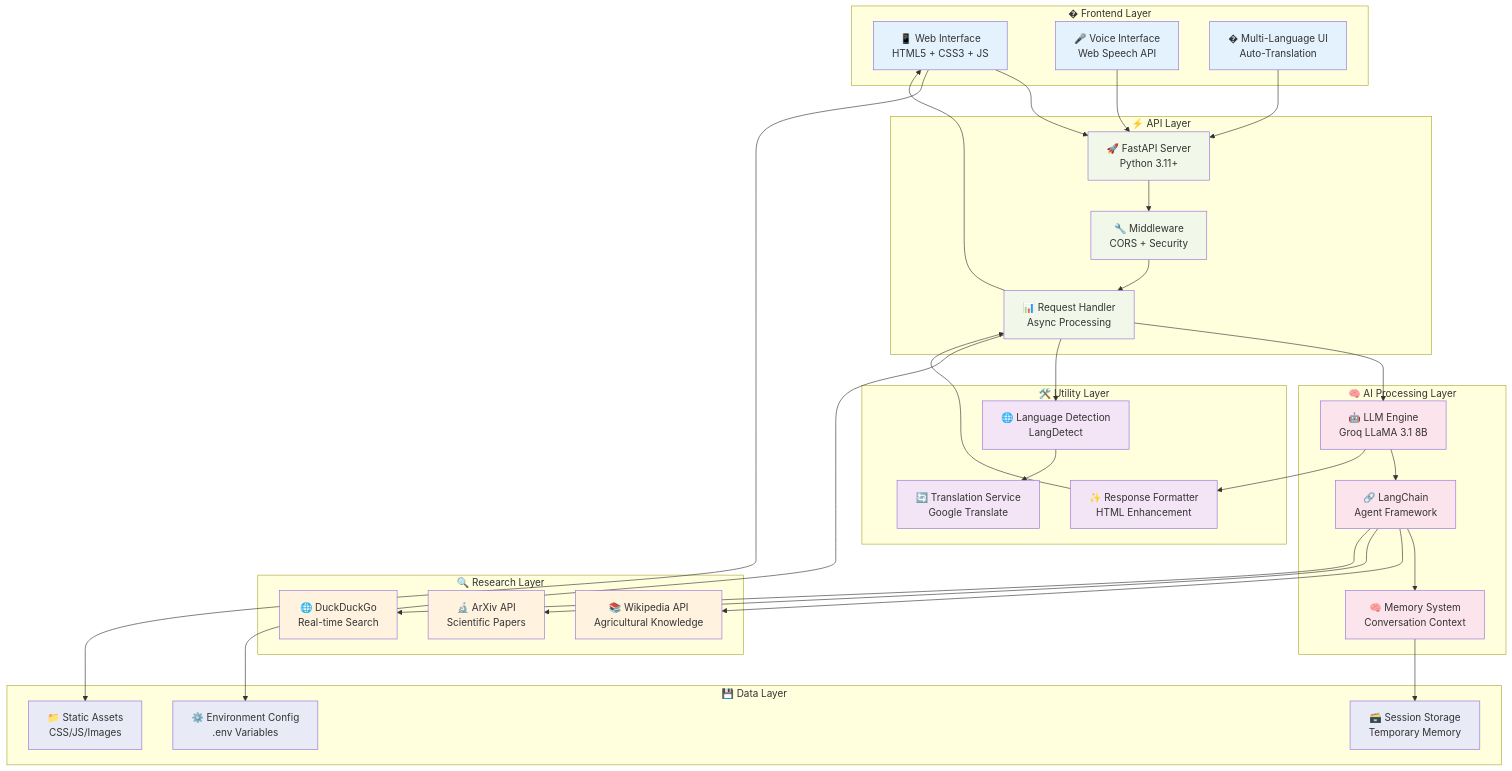
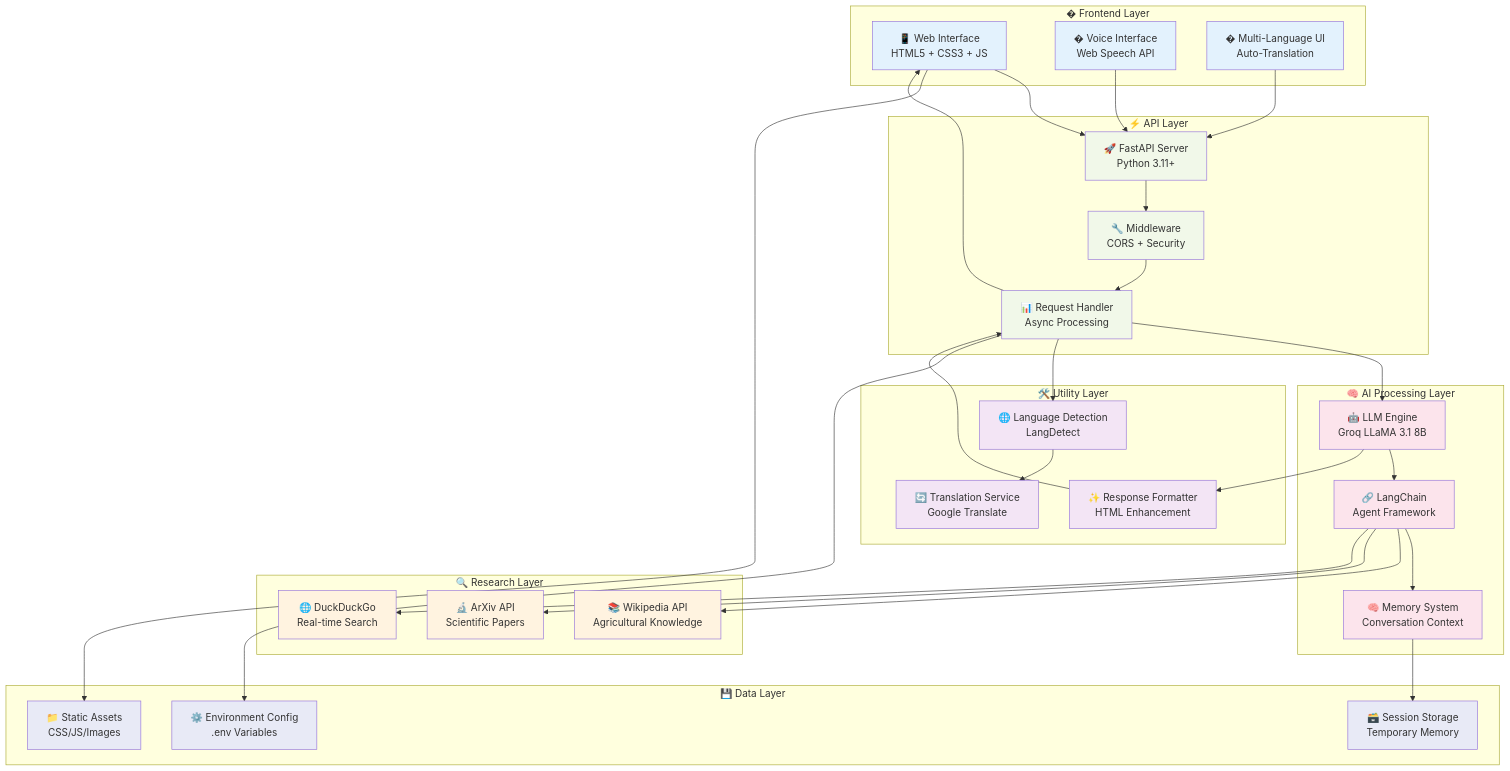
Before and after one commit to Rafi-uzzaman/RootSource: the second of 4 diagrams in README.md, drawn with Mermaid. The commit also changed other lines of this file, not shown here.

Commit message:
Fix emoji rendering issues in README: replace voice-related emojis for consistency and clarity

```diff
--- a/README.md
+++ b/README.md
@@ -282,7 +282,7 @@
 graph TB
     subgraph "� Frontend Layer"
         A[📱 Web Interface<br/>HTML5 + CSS3 + JS]
-        B[🎤 Voice Interface<br/>Web Speech API]
+        B[�️ Voice Interface<br/>Web Speech API]
         C[� Multi-Language UI<br/>Auto-Translation]
     end
     
```
